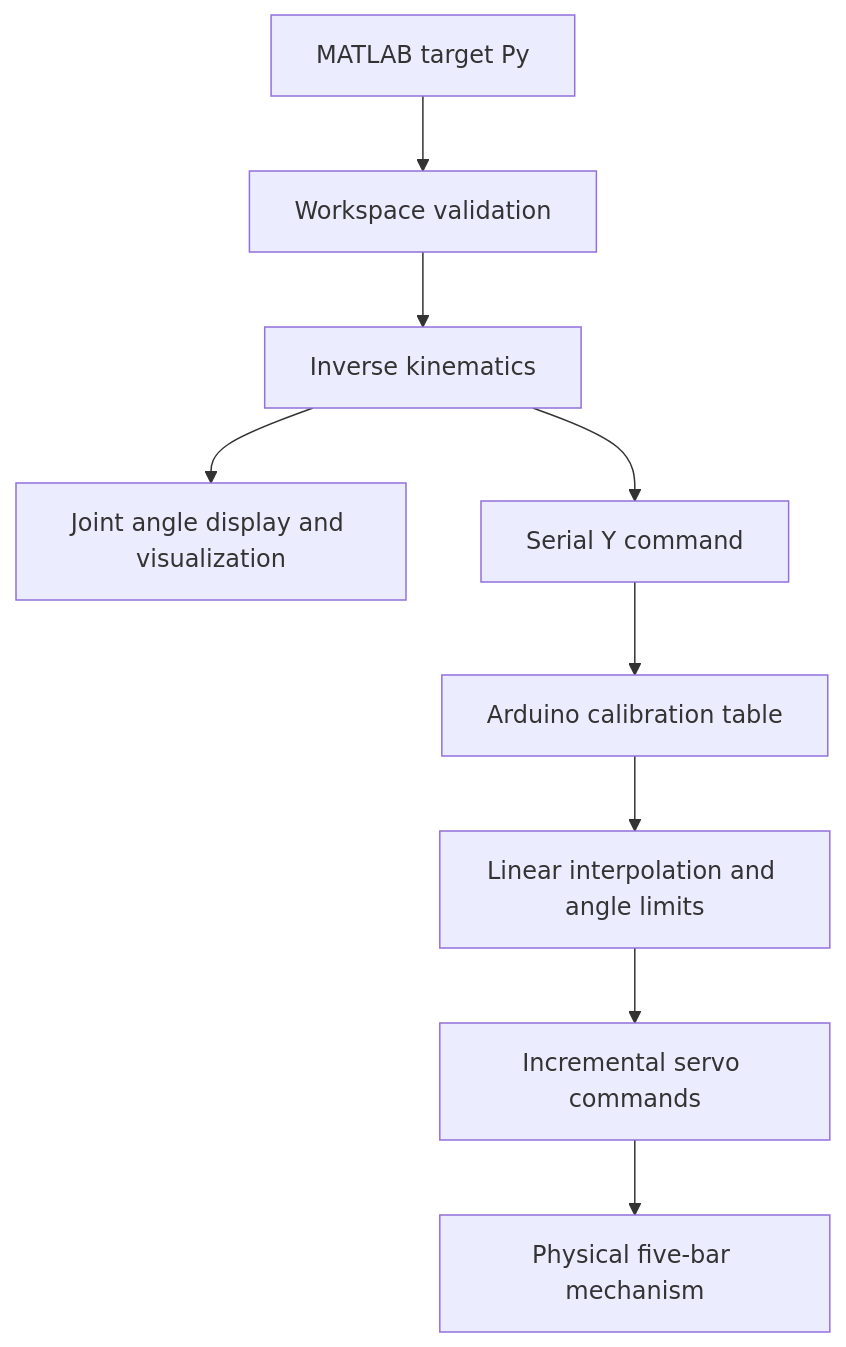
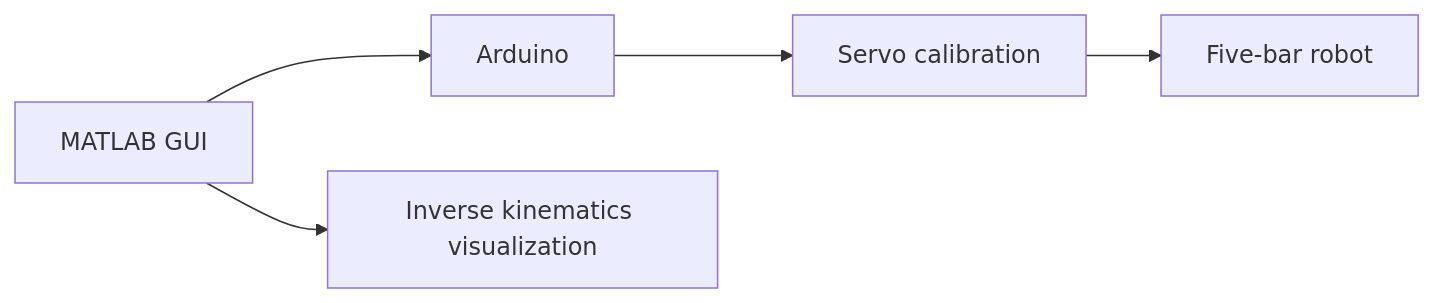
The diagram in README.md (azatorl/Five-Bar-Parallel-Robot-), drawn with Mermaid before and after one commit. The commit also changed other lines of this file, not shown here.

````diff
--- a/README.md
+++ b/README.md
@@ -21,11 +17,7 @@
 ```mermaid
-flowchart TD
-    A[MATLAB target Py] --> B[Workspace validation]
-    B --> C[Inverse kinematics]
-    C --> D[Joint angle display and visualization]
-    C --> E[Serial Y command]
-    E --> F[Arduino calibration table]
-    F --> G[Linear interpolation and angle limits]
-    G --> H[Incremental servo commands]
-    H --> I[Physical five-bar mechanism]
+flowchart LR
+    A[MATLAB GUI] --> B[Arduino]
+    A --> C[Inverse kinematics visualization]
+    B --> D[Servo calibration]
+    D --> E[Five-bar robot]
 ```
````
